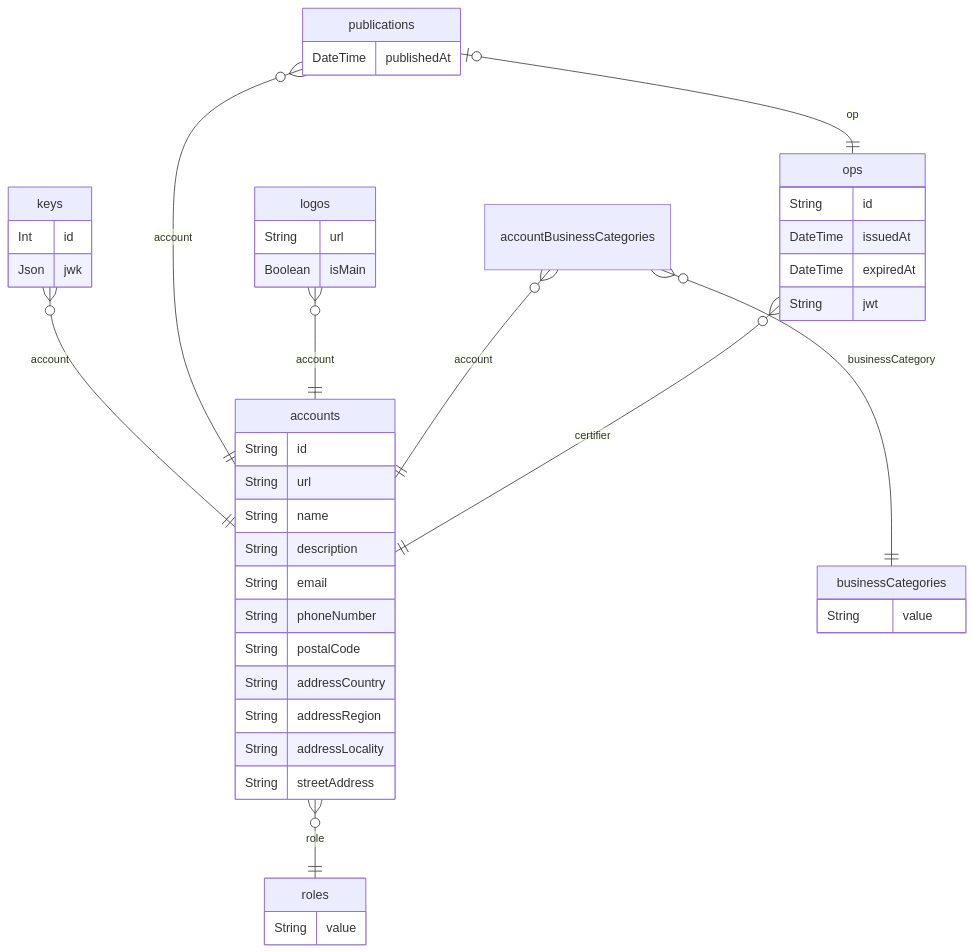
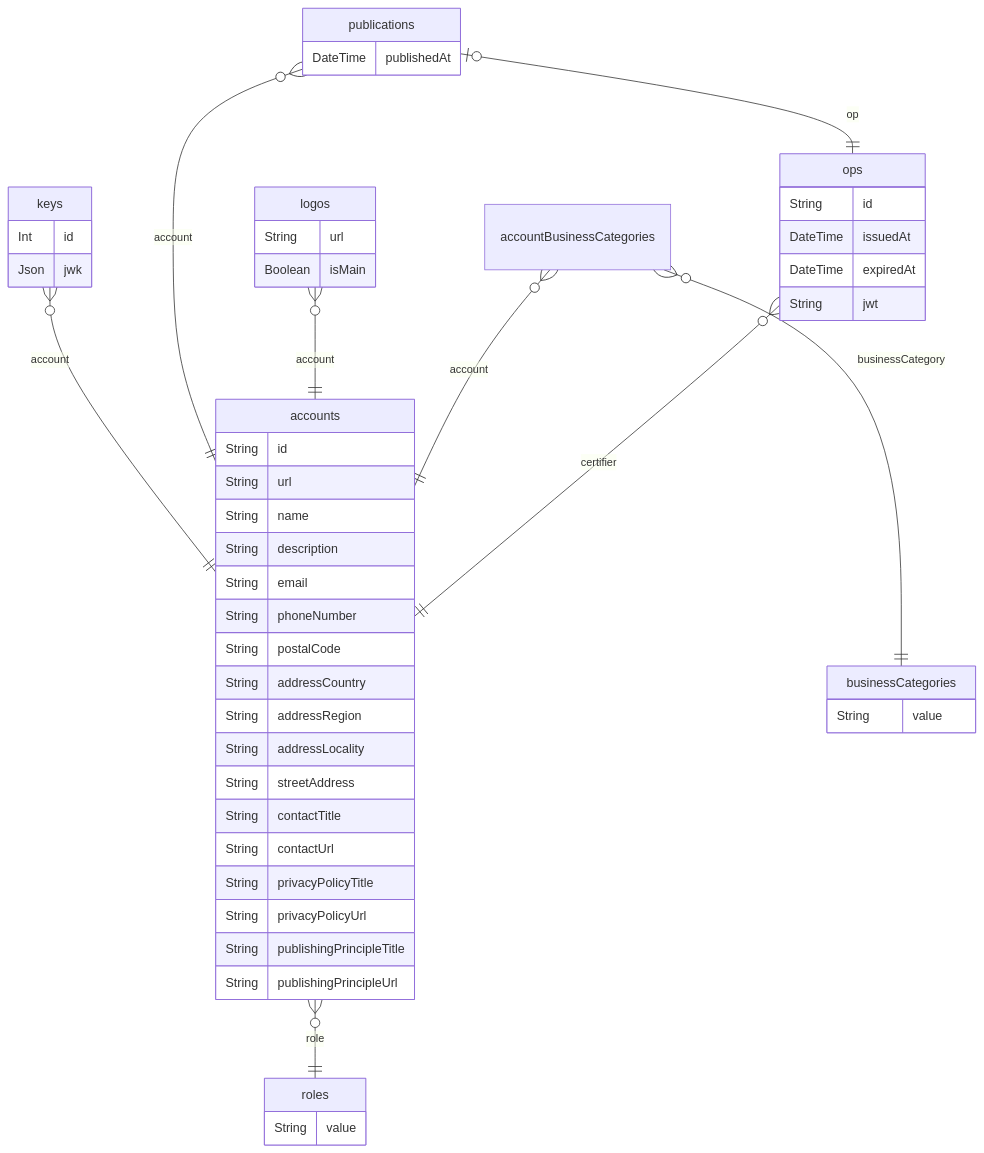
Before and after one commit to originator-profile/profile-share: the diagram in docs/registry/assets/erd.md, drawn with Mermaid. The commit also changed 23 other files, not shown here.

````diff
--- a/docs/registry/assets/erd.md
+++ b/docs/registry/assets/erd.md
@@ -1,66 +1,72 @@
 ```mermaid
 erDiagram
 
   ops {
       String id
     DateTime issuedAt
     DateTime expiredAt
     String jwt
     }
   
 
   accounts {
       String id
     String url
     String name
     String description
     String email
     String phoneNumber
     String postalCode
     String addressCountry
     String addressRegion
     String addressLocality
     String streetAddress
+    String contactTitle
+    String contactUrl
+    String privacyPolicyTitle
+    String privacyPolicyUrl
+    String publishingPrincipleTitle
+    String publishingPrincipleUrl
     }
   
 
   roles {
       String value
     }
   
 
   businessCategories {
       String value
     }
   
 
   accountBusinessCategories {
   
     }
   
 
   logos {
       String url
     Boolean isMain
     }
   
 
   publications {
       DateTime publishedAt
     }
   
 
   keys {
       Int id
     Json jwk
     }
   
     ops o{--|| accounts : "certifier"
     accounts o{--|| roles : "role"
     accountBusinessCategories o{--|| accounts : "account"
     accountBusinessCategories o{--|| businessCategories : "businessCategory"
     logos o{--|| accounts : "account"
     publications o|--|| ops : "op"
     publications o{--|| accounts : "account"
     keys o{--|| accounts : "account"
 ```
````
